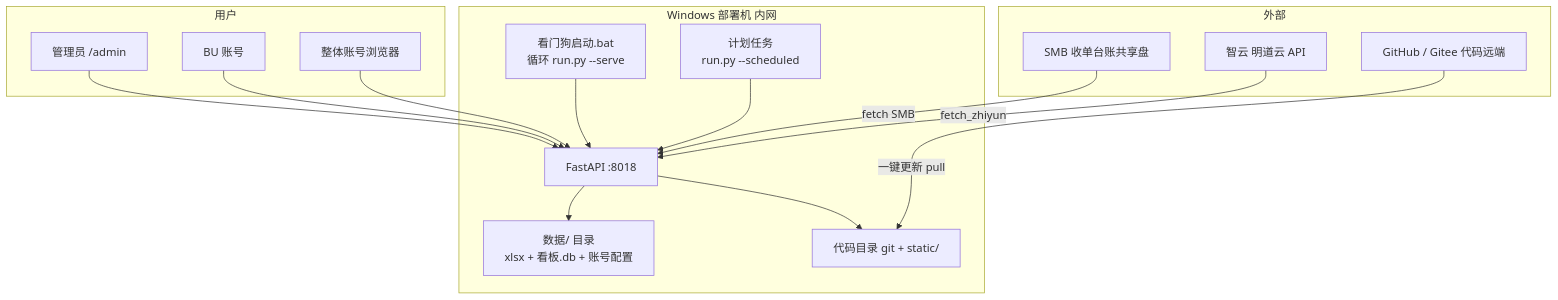
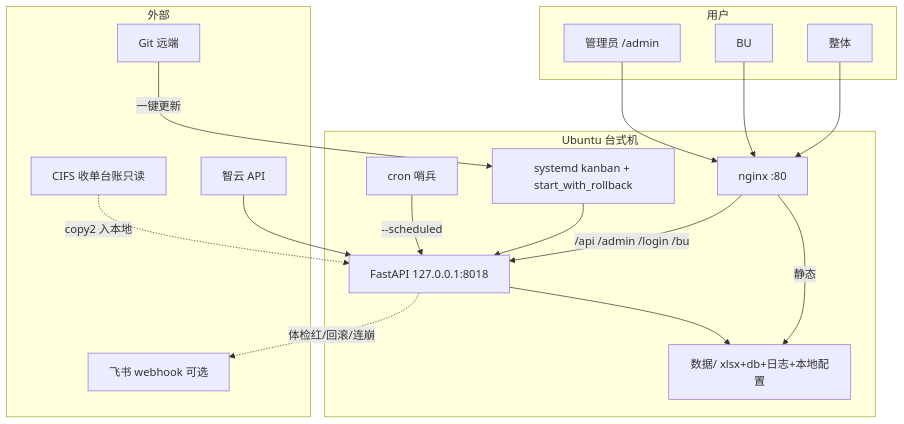
The diagram in docs/softeng/09_部署架构说明.md (EvanLee2004/BI), drawn with Mermaid before and after one commit. The commit also changed other lines of this file and 14 other files, not shown here.

````diff
--- a/docs/softeng/09_部署架构说明.md
+++ b/docs/softeng/09_部署架构说明.md
@@ -8,30 +17,31 @@
 ```mermaid
 flowchart TB
   subgraph 外部
-    ZY[智云 明道云 API]
-    SMB[SMB 收单台账共享盘]
-    GIT[GitHub / Gitee 代码远端]
+    ZY[智云 API]
+    SMB[CIFS 收单台账只读]
+    GIT[Git 远端]
+    FS[飞书 webhook 可选]
   end
-  subgraph 部署机["Windows 部署机 内网"]
-    WD[看门狗启动.bat<br/>循环 run.py --serve]
-    SCH[计划任务<br/>run.py --scheduled]
-    APP[FastAPI :8018]
-    DATA[数据/ 目录<br/>xlsx + 看板.db + 账号配置]
-    CODE[代码目录 git + static/]
+  subgraph 部署机["Ubuntu 台式机"]
+    NGX[nginx :80]
+    SYS[systemd kanban + start_with_rollback]
+    CRON[cron 哨兵]
+    APP[FastAPI 127.0.0.1:8018]
+    DATA[数据/ xlsx+db+日志+本地配置]
   end
   subgraph 用户
-    B1[整体账号浏览器]
-    B2[BU 账号]
+    B1[整体]
+    B2[BU]
     B3[管理员 /admin]
   end
-  ZY -->|fetch_zhiyun| APP
-  SMB -->|fetch SMB| APP
-  GIT -->|一键更新 pull| CODE
-  SCH --> APP
-  WD --> APP
+  B1 & B2 & B3 --> NGX
+  NGX -->|静态| DATA
+  NGX -->|/api /admin /login /bu| APP
+  SYS --> APP
+  CRON -->|--scheduled| APP
   APP --> DATA
-  APP --> CODE
-  B1 --> APP
-  B2 --> APP
-  B3 --> APP
+  ZY --> APP
+  SMB -.->|copy2 入本地| APP
+  APP -.->|体检红/回滚/连崩| FS
+  GIT -->|一键更新| SYS
 ```
````
